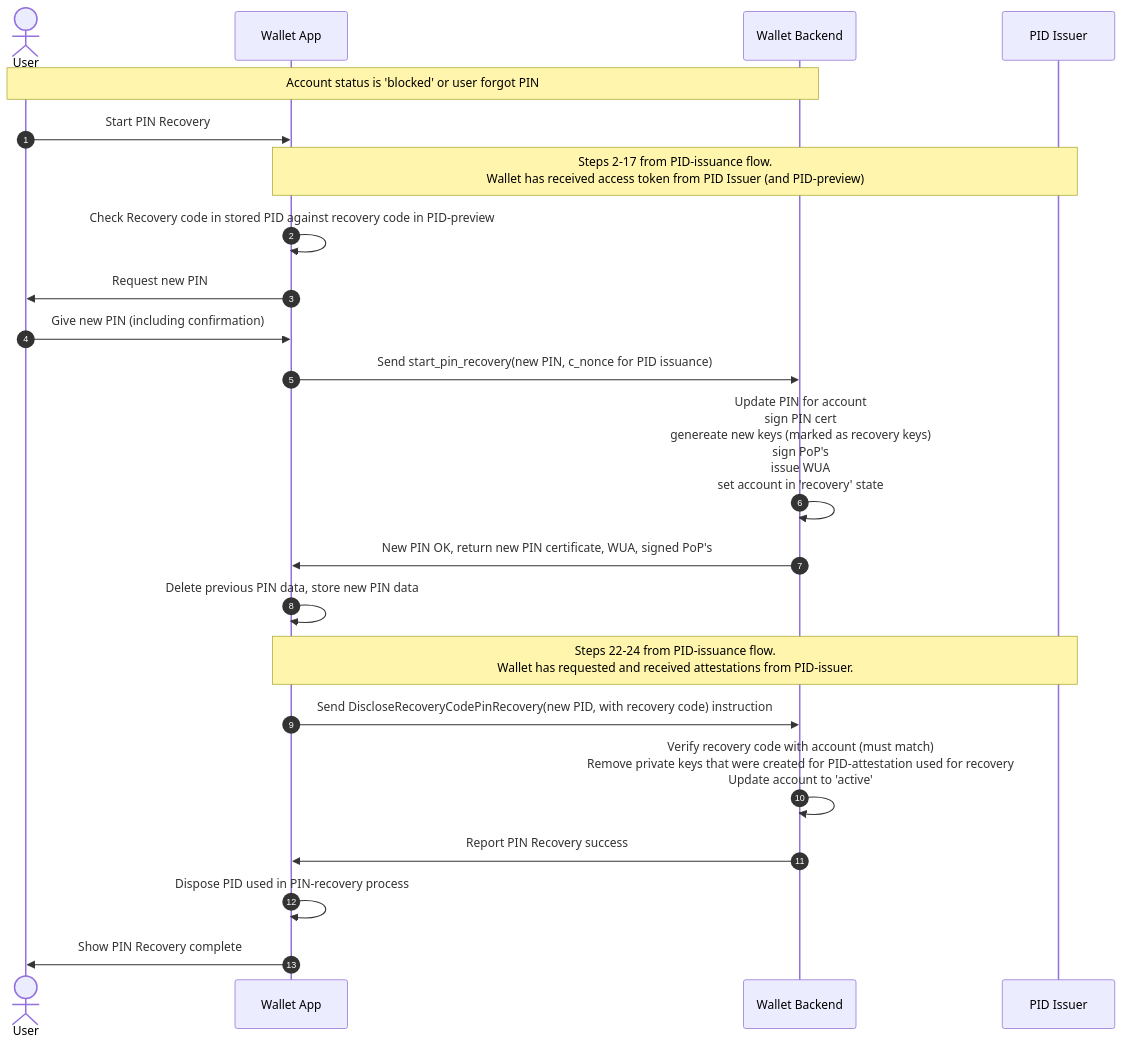
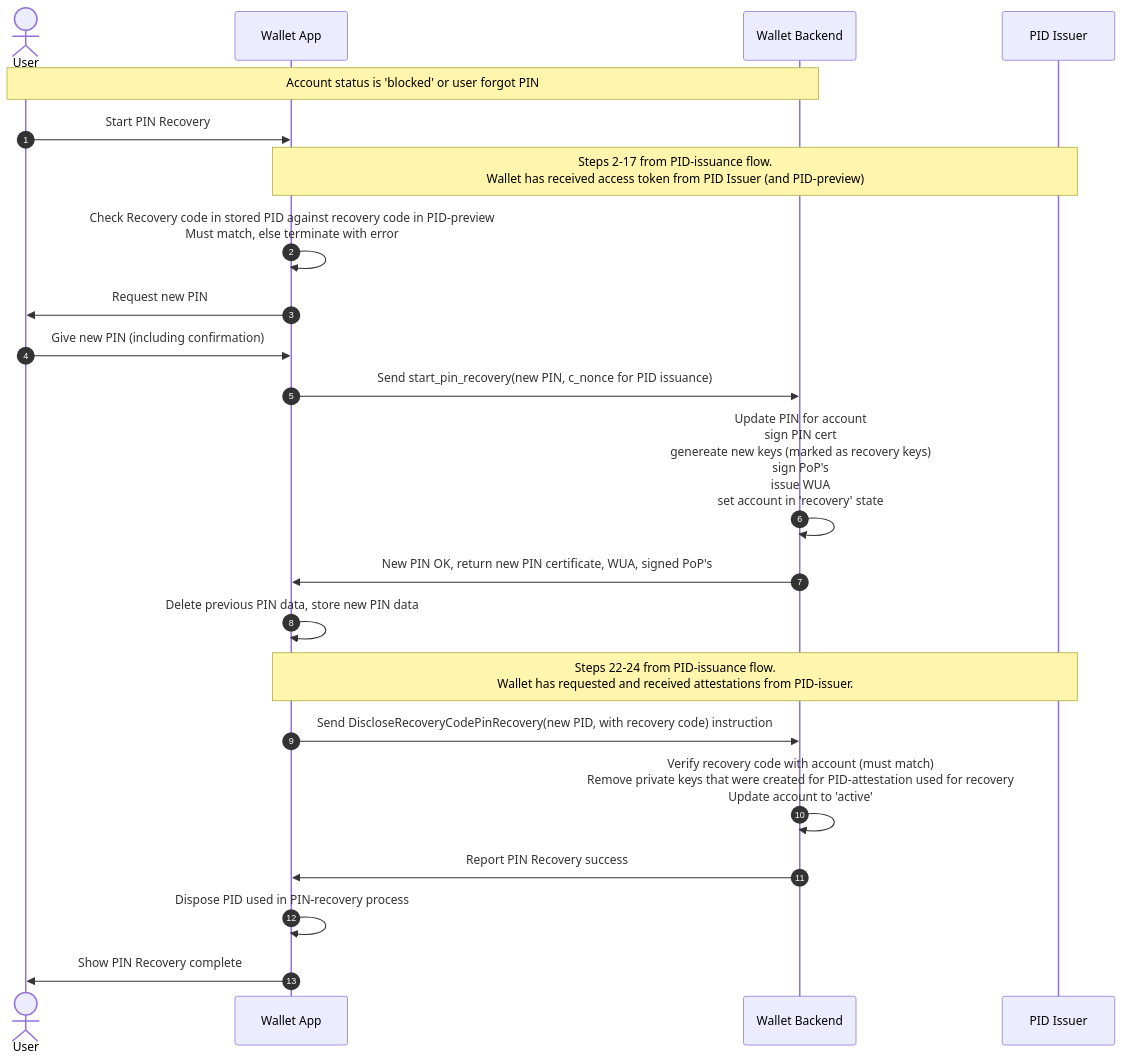
The first of 3 diagrams in wallet_docs/architecture/use-cases/recovery_usecases.md (MinBZK/nl-wallet), drawn with Mermaid before and after one commit.

Commit message:
updated PIN recovery

````diff
--- a/wallet_docs/architecture/use-cases/recovery_usecases.md
+++ b/wallet_docs/architecture/use-cases/recovery_usecases.md
@@ -44,25 +44,25 @@
 ```{mermaid}
 sequenceDiagram
     autonumber
     actor User as User
     participant Wallet as Wallet App
     participant WP as Wallet Backend
     participant PID as PID Issuer
     
     note over User, WP: Account status is 'blocked' or user forgot PIN 
     User ->> Wallet : Start PIN Recovery 
     note over Wallet, PID:Steps 2-17 from PID-issuance flow. <br/> Wallet has received access token from PID Issuer (and PID-preview)
-    Wallet ->> Wallet: Check Recovery code in stored PID against recovery code in PID-preview    
+    Wallet ->> Wallet: Check Recovery code in stored PID against recovery code in PID-preview<br/>Must match, else terminate with error
     Wallet ->> User: Request new PIN
     User ->> Wallet: Give new PIN (including confirmation)
     Wallet ->> WP: Send start_pin_recovery(new PIN, c_nonce for PID issuance)
     WP ->> WP: Update PIN for account<br/> sign PIN cert<br/>genereate new keys (marked as recovery keys)<br/> sign PoP's<br/> issue WUA<br/>set account in 'recovery' state
     WP ->> Wallet: New PIN OK, return new PIN certificate, WUA, signed PoP's
     Wallet ->> Wallet: Delete previous PIN data, store new PIN data    
     note over Wallet, PID: Steps 22-24 from PID-issuance flow. <br/> Wallet has requested and received attestations from PID-issuer. 
     Wallet ->> WP: Send DiscloseRecoveryCodePinRecovery(new PID, with recovery code) instruction
     WP ->> WP: Verify recovery code with account (must match)<br/>Remove private keys that were created for PID-attestation used for recovery<br/>Update account to 'active'
     WP ->> Wallet: Report PIN Recovery success
     Wallet ->> Wallet: Dispose PID used in PIN-recovery process
     Wallet ->> User: Show PIN Recovery complete
 ```
````
